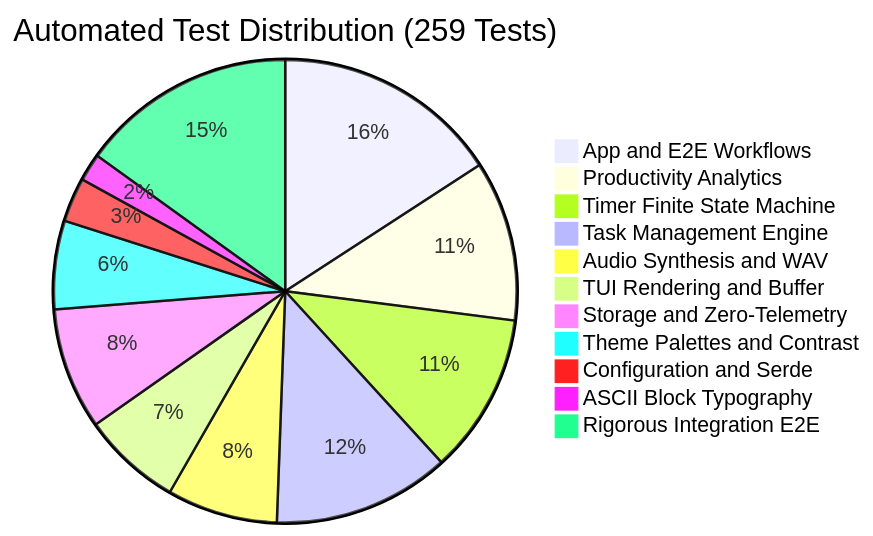
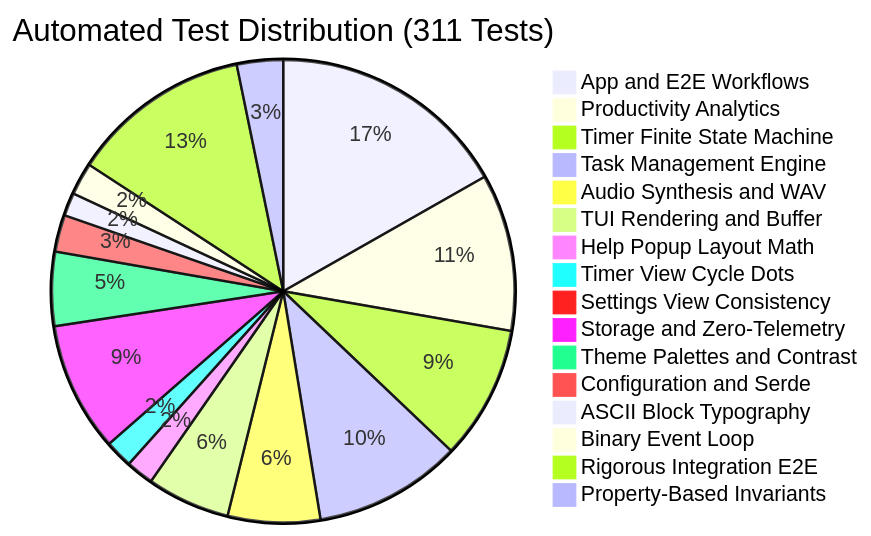
The fourth of 4 diagrams in System_design.md (amanalip/Termodoro), drawn with Mermaid before and after one commit. The commit also changed other lines of this file and 21 other files, not shown here.

First line of the commit message:
Add 52 tests including property-based suite and fix 6 bugs they surfaced

````diff
--- a/System_design.md
+++ b/System_design.md
@@ -337,14 +337,19 @@
 ```mermaid
-pie title Automated Test Distribution (259 Tests)
-    "App and E2E Workflows" : 41
-    "Productivity Analytics" : 29
+pie title Automated Test Distribution (311 Tests)
+    "App and E2E Workflows" : 52
+    "Productivity Analytics" : 34
     "Timer Finite State Machine" : 29
     "Task Management Engine" : 32
     "Audio Synthesis and WAV" : 20
     "TUI Rendering and Buffer" : 18
-    "Storage and Zero-Telemetry" : 22
+    "Help Popup Layout Math" : 6
+    "Timer View Cycle Dots" : 6
+    "Settings View Consistency" : 1
+    "Storage and Zero-Telemetry" : 28
     "Theme Palettes and Contrast" : 16
     "Configuration and Serde" : 8
     "ASCII Block Typography" : 5
+    "Binary Event Loop" : 7
     "Rigorous Integration E2E" : 39
+    "Property-Based Invariants" : 10
 ```
````
